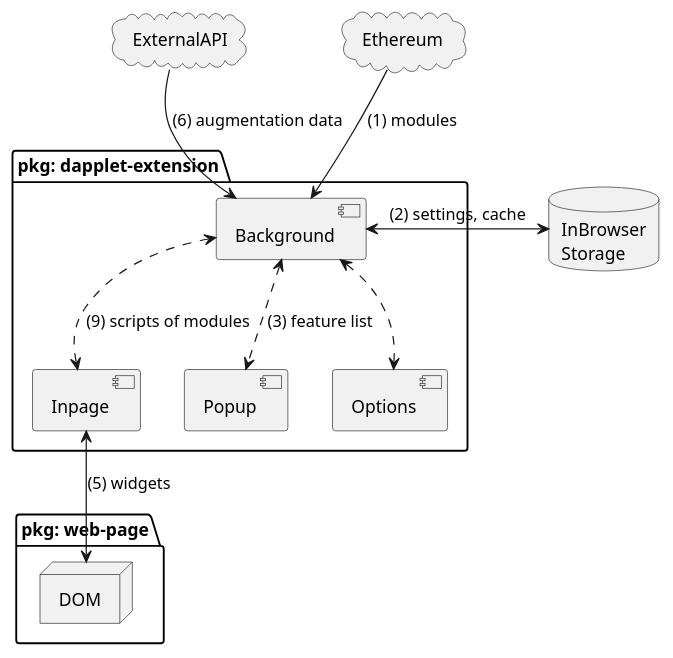
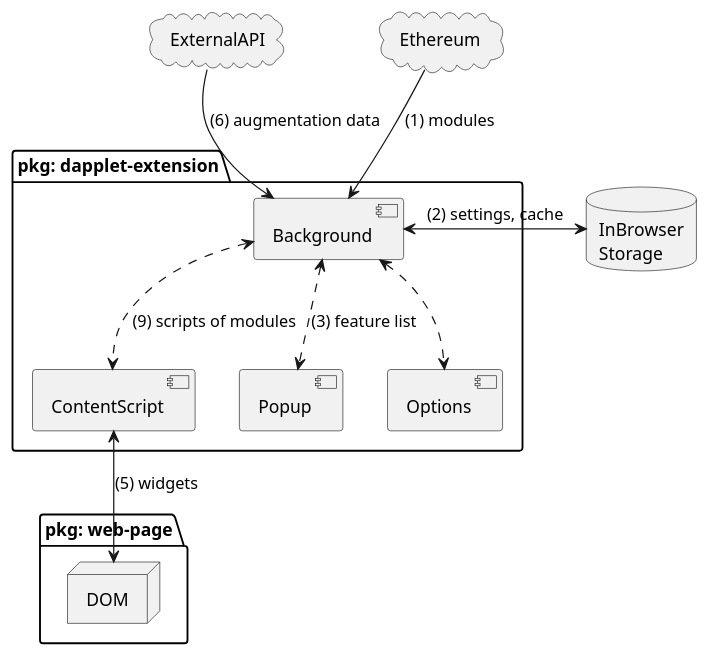
One commit to dapplets/dapplet-extension changed the diagram in docs/uml/dapplet-extension.puml. Above: the diagram before and after it, drawn with PlantUML. The commit also changed 38 other files, not shown here.

```diff
--- a/docs/uml/dapplet-extension.puml
+++ b/docs/uml/dapplet-extension.puml
@@ -1,29 +1,29 @@
 @startuml "dapplet-extension"
 
 cloud ExternalAPI
 cloud Ethereum
 
 package "pkg: web-page" {
     node DOM
 }
 
 database "InBrowser\nStorage" as Storage
 
 package "pkg: dapplet-extension" {
     [Background]
-    [Inpage]
+    [ContentScript]
     [Popup]
     [Options]
 
-    Background <..> Inpage : (9) scripts of modules
+    Background <..> ContentScript : (9) scripts of modules
     Background <..> Popup : (3) feature list
     Background <..> Options
 
     Background <-> Storage : (2) settings, cache
     Ethereum -down-> Background : (1) modules
     ExternalAPI -down-> Background : (6) augmentation data
 
-    Inpage <-down-> DOM : (5) widgets
+    ContentScript <-down-> DOM : (5) widgets
 }
 
 @enduml
```
